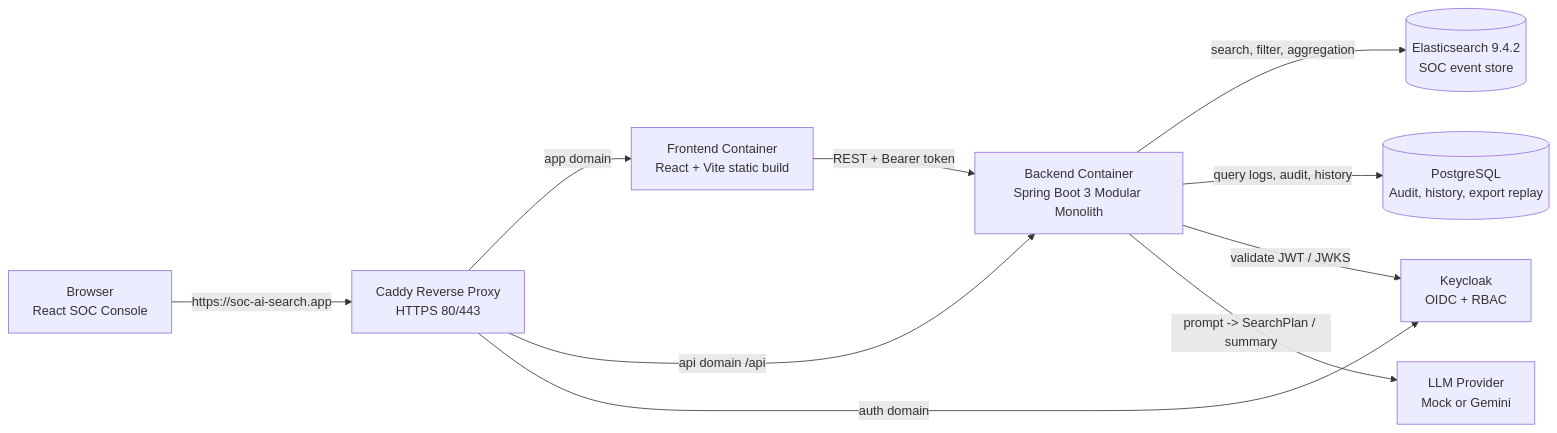
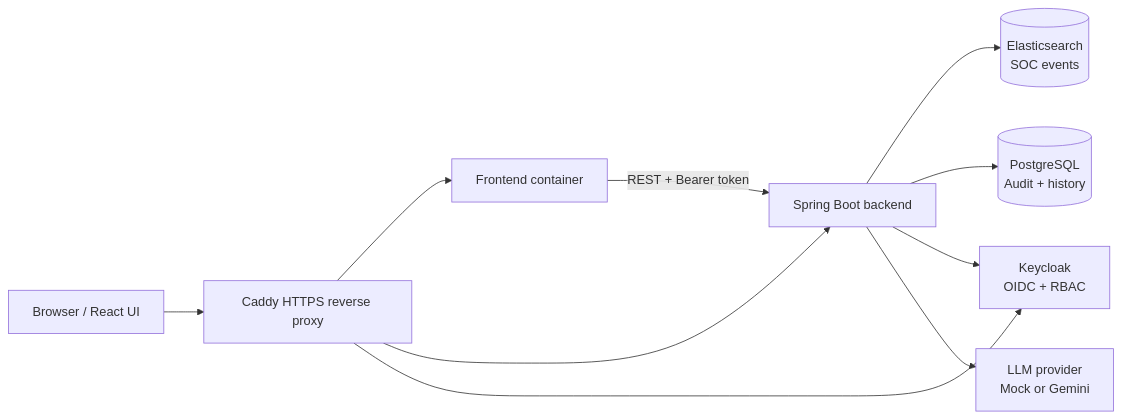
The diagram in README.md (PhamVanMinhBinhThuan/soc-ai-search), drawn with Mermaid before and after one commit. The commit also changed other lines of this file and 8 other files, not shown here.

````diff
--- a/README.md
+++ b/README.md
@@ -61,21 +56,21 @@
 ```mermaid
 flowchart LR
-    Browser["Browser\nReact SOC Console"]
-    Caddy["Caddy Reverse Proxy\nHTTPS 80/443"]
-    FE["Frontend Container\nReact + Vite static build"]
-    BE["Backend Container\nSpring Boot 3 Modular Monolith"]
-    ES[("Elasticsearch 9.4.2\nSOC event store")]
-    PG[("PostgreSQL\nAudit, history, export replay")]
+    Browser["Browser / React UI"]
+    Caddy["Caddy HTTPS reverse proxy"]
+    FE["Frontend container"]
+    BE["Spring Boot backend"]
+    ES[("Elasticsearch\nSOC events")]
+    PG[("PostgreSQL\nAudit + history")]
     KC["Keycloak\nOIDC + RBAC"]
-    LLM["LLM Provider\nMock or Gemini"]
+    LLM["LLM provider\nMock or Gemini"]
 
-    Browser -->|https://soc-ai-search.app| Caddy
-    Caddy -->|app domain| FE
-    Caddy -->|api domain /api| BE
-    Caddy -->|auth domain| KC
+    Browser --> Caddy
+    Caddy --> FE
+    Caddy --> BE
+    Caddy --> KC
     FE -->|REST + Bearer token| BE
-    BE -->|search, filter, aggregation| ES
-    BE -->|query logs, audit, history| PG
-    BE -->|validate JWT / JWKS| KC
-    BE -->|prompt -> SearchPlan / summary| LLM
+    BE --> ES
+    BE --> PG
+    BE --> KC
+    BE --> LLM
 ```
````
